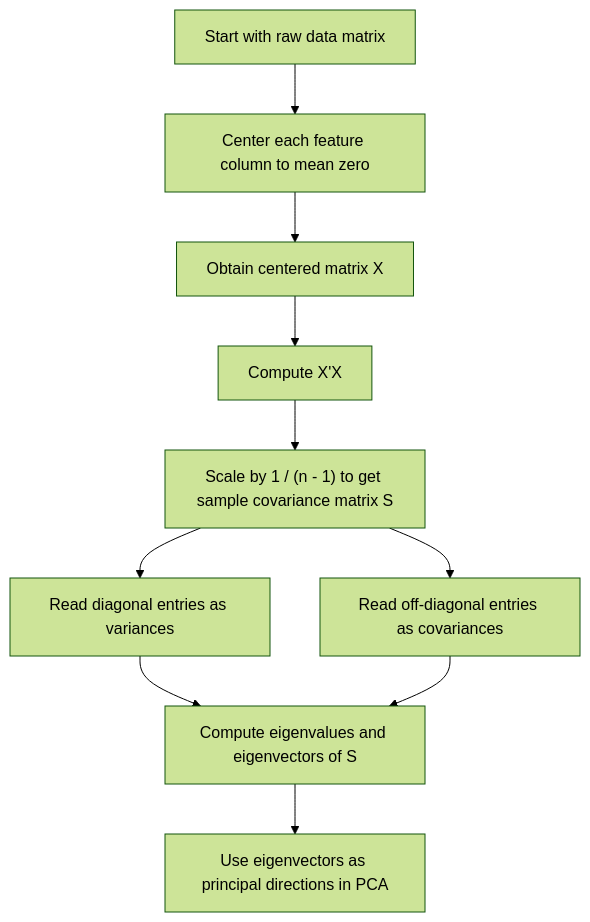
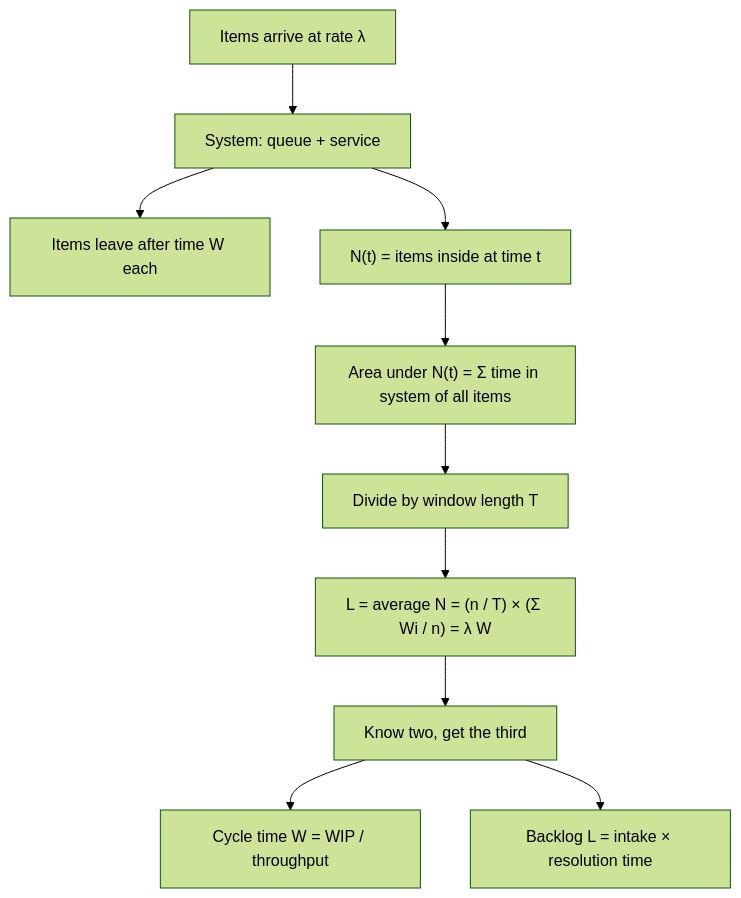
The diagram in vault/Notes/en/07_econ_business/population_and_labor_force_metrics/operational_math/little_s_law_queuing_theory.md (RafaelBraga-Kribitz/braga-portfolio-v2), drawn with Mermaid (forest theme) before and after one commit. The commit also changed other lines of this file and 25 other files, not shown here.

````diff
--- a/vault/Notes/en/07_econ_business/population_and_labor_force_metrics/operational_math/little_s_law_queuing_theory.md
+++ b/vault/Notes/en/07_econ_business/population_and_labor_force_metrics/operational_math/little_s_law_queuing_theory.md
@@ -104,12 +23,12 @@
 ```mermaid
 flowchart TD
-    A["Start with raw data matrix"] --> B["Center each feature column to mean zero"]
-    B --> C["Obtain centered matrix X"]
-    C --> D["Compute X'X"]
-    D --> E["Scale by 1 / (n - 1) to get sample covariance matrix S"]
-    E --> F["Read diagonal entries as variances"]
-    E --> G["Read off-diagonal entries as covariances"]
-    F --> H["Compute eigenvalues and eigenvectors of S"]
-    G --> H["Compute eigenvalues and eigenvectors of S"]
-    H --> I["Use eigenvectors as principal directions in PCA"]
+    A["Items arrive at rate λ"] --> B["System: queue + service"]
+    B --> C["Items leave after time W each"]
+    B --> D["N(t) = items inside at time t"]
+    D --> E["Area under N(t) = Σ time in system of all items"]
+    E --> F["Divide by window length T"]
+    F --> G["L = average N = (n / T) × (Σ Wi / n) = λ W"]
+    G --> H["Know two, get the third"]
+    H --> I["Cycle time W = WIP / throughput"]
+    H --> J["Backlog L = intake × resolution time"]
 ```
````
